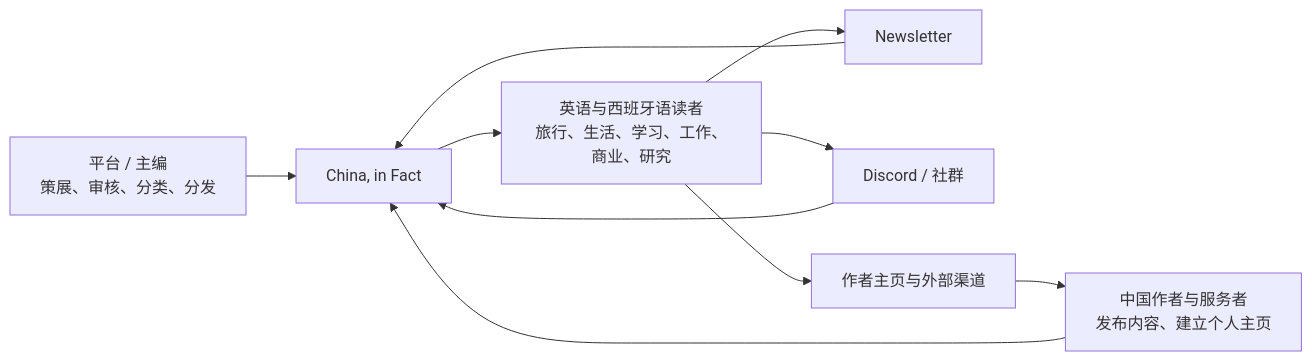
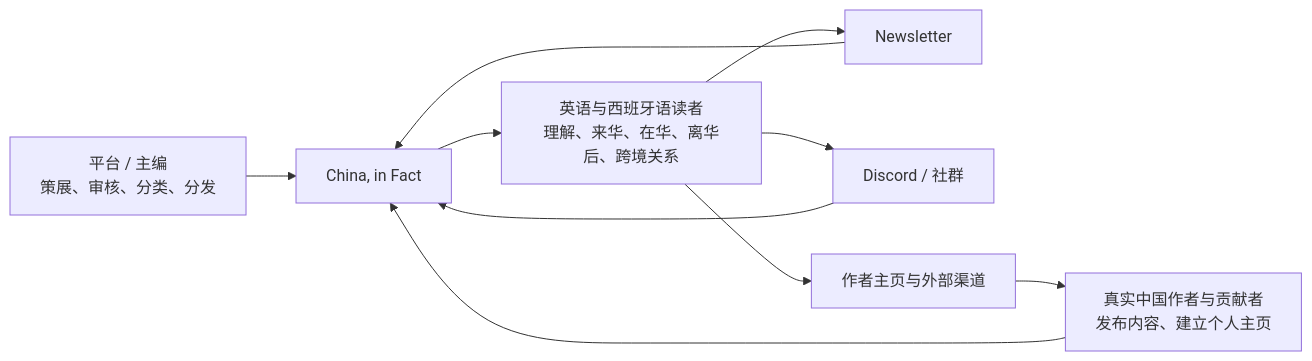
The first of 2 diagrams in docs/product-brief.md (lonelyreader/chinaknowledge), drawn with Mermaid before and after one commit. The commit also changed other lines of this file and 12 other files, not shown here.

````diff
--- a/docs/product-brief.md
+++ b/docs/product-brief.md
@@ -43,12 +43,12 @@
 ```mermaid
 flowchart LR
     A["平台 / 主编<br/>策展、审核、分类、分发"] --> H["China, in Fact"]
-    W["中国作者与服务者<br/>发布内容、建立个人主页"] --> H
-    H --> R["英语与西班牙语读者<br/>旅行、生活、学习、工作、商业、研究"]
+    W["真实中国作者与贡献者<br/>发布内容、建立个人主页"] --> H
+    H --> R["英语与西班牙语读者<br/>理解、来华、在华、离华后、跨境关系"]
     R --> N["Newsletter"]
     R --> D["Discord / 社群"]
     R --> P["作者主页与外部渠道"]
     N --> H
     D --> H
     P --> W
 ```
````
